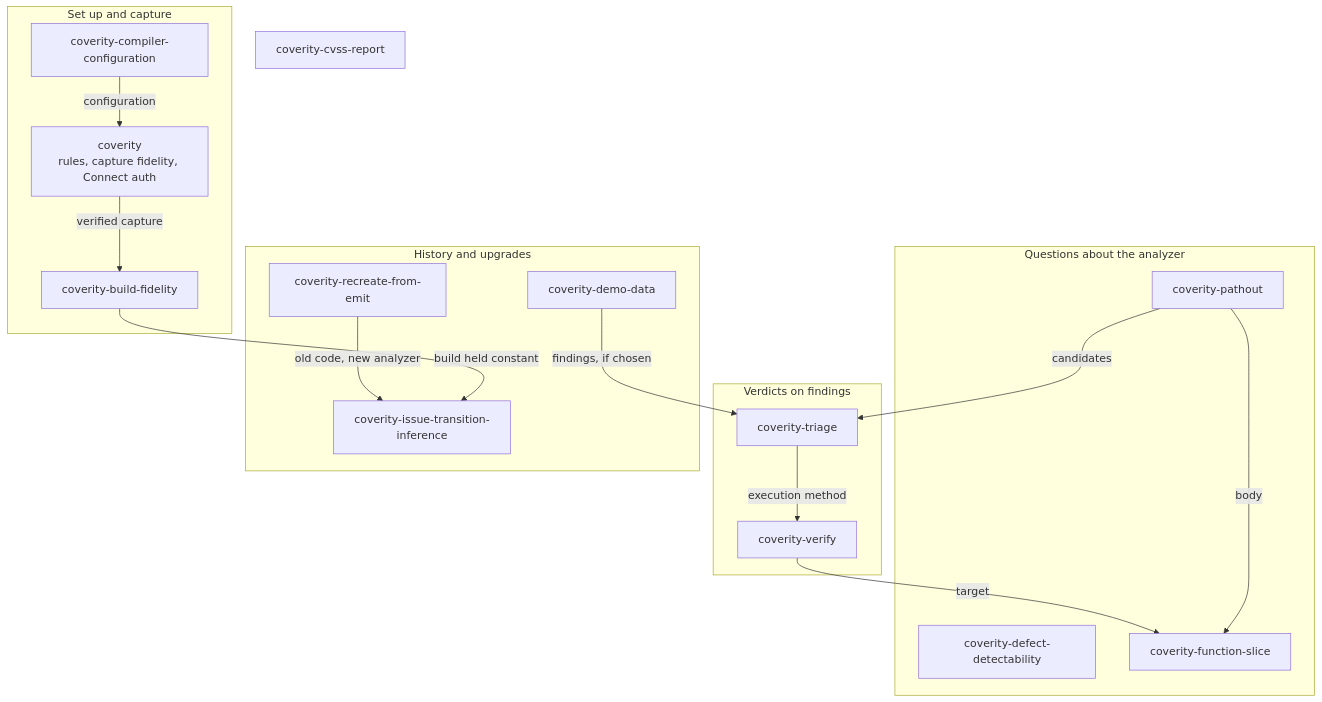
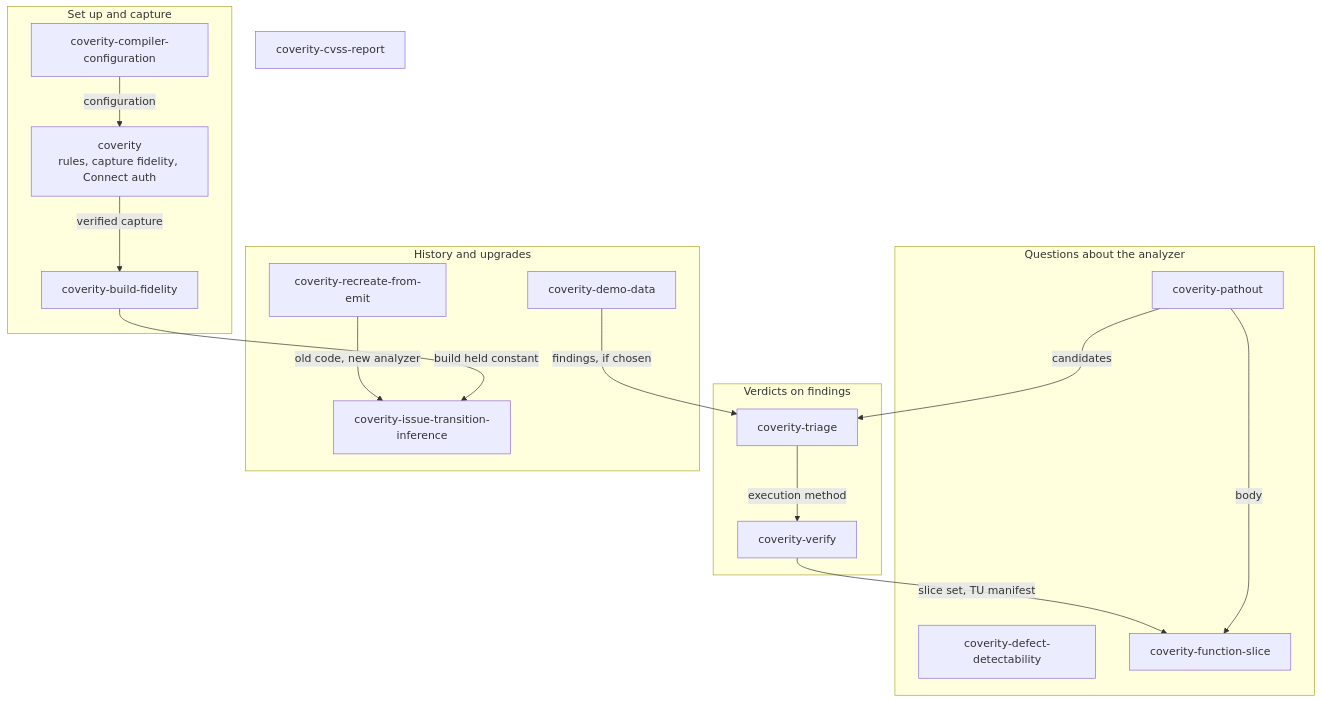
Before and after one commit to edtice-goog/CoveritySkills: the first of 7 diagrams in USE-CASES.md, drawn with Mermaid. The commit also changed other lines of this file and 1 other file, not shown here.

````diff
--- a/USE-CASES.md
+++ b/USE-CASES.md
@@ -11,33 +11,33 @@
 ```mermaid
 flowchart TB
     subgraph setup["Set up and capture"]
         CC["coverity-compiler-configuration"]
         CV["coverity<br/>rules, capture fidelity, Connect auth"]
         BF["coverity-build-fidelity"]
     end
     subgraph analyzer["Questions about the analyzer"]
         DD["coverity-defect-detectability"]
         PO["coverity-pathout"]
         FS["coverity-function-slice"]
     end
     subgraph verdicts["Verdicts on findings"]
         TR["coverity-triage"]
         VE["coverity-verify"]
     end
     subgraph history["History and upgrades"]
         DM["coverity-demo-data"]
         IT["coverity-issue-transition-inference"]
         RE["coverity-recreate-from-emit"]
     end
     CVSS["coverity-cvss-report"]
 
     CC -->|"configuration"| CV
     CV -->|"verified capture"| BF
     PO -->|"body"| FS
     PO -->|"candidates"| TR
     DM -->|"findings, if chosen"| TR
     TR -->|"execution method"| VE
-    VE -->|"target"| FS
+    VE -->|"slice set, TU manifest"| FS
     BF -->|"build held constant"| IT
     RE -->|"old code, new analyzer"| IT
 ```
````
